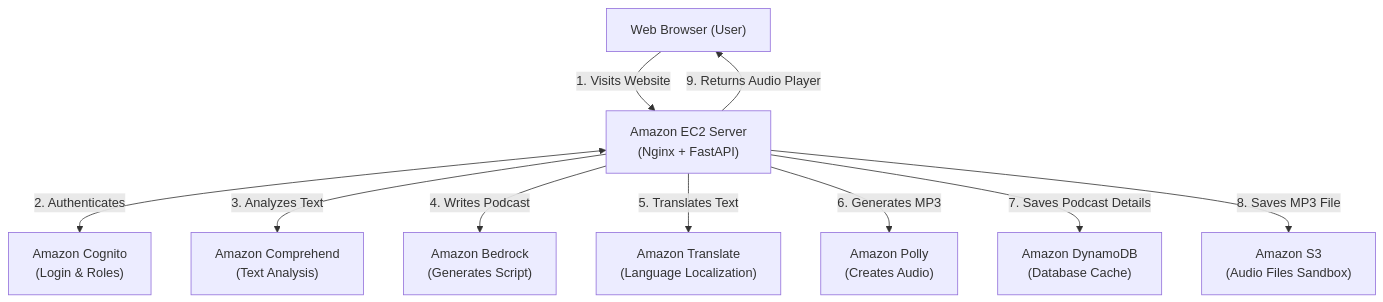
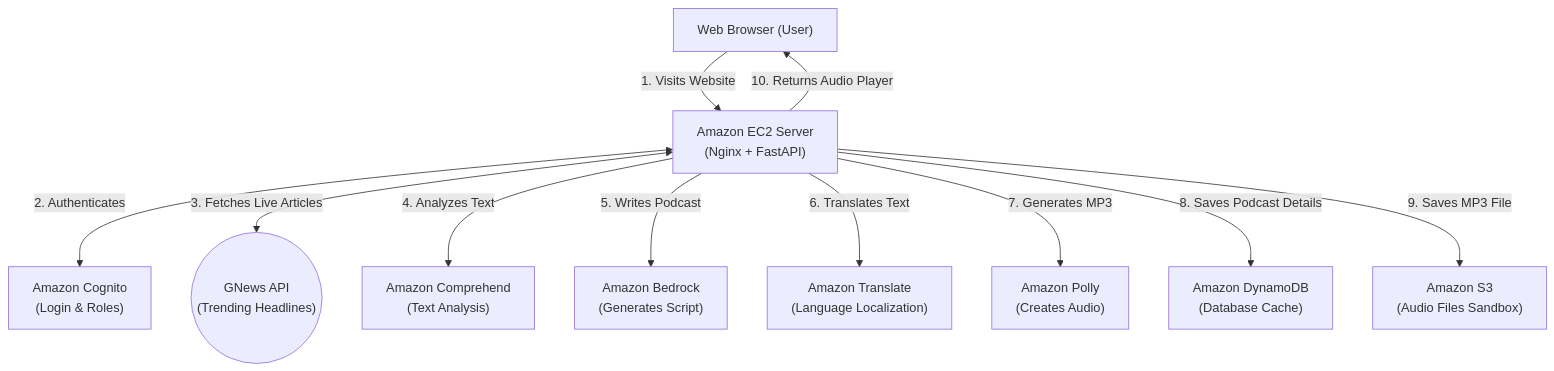
The diagram in ARCHITECTURE.md (Tejasai37/papercast), drawn with Mermaid before and after one commit. The commit also changed other lines of this file and 1 other file, not shown here.

Commit message:
updated ARCHITECTURE and WORKFLOW

````diff
--- a/ARCHITECTURE.md
+++ b/ARCHITECTURE.md
@@ -7,31 +7,35 @@
 ```mermaid
 flowchart TD
     %% Nodes
     Browser["Web Browser (User)"]
     EC2["Amazon EC2 Server<br>(Nginx + FastAPI)"]
     
     Cognito["Amazon Cognito<br>(Login & Roles)"]
     
     Bedrock["Amazon Bedrock<br>(Generates Script)"]
     Polly["Amazon Polly<br>(Creates Audio)"]
     Translate["Amazon Translate<br>(Language Localization)"]
     Comprehend["Amazon Comprehend<br>(Text Analysis)"]
     
     DynamoDB["Amazon DynamoDB<br>(Database Cache)"]
     S3["Amazon S3<br>(Audio Files Sandbox)"]
+    
+    GNews(("GNews API<br>(Trending Headlines)"))
 
     %% Core Flow
     Browser -->|1. Visits Website| EC2
     
     EC2 <-->|2. Authenticates| Cognito
     
-    EC2 -->|3. Analyzes Text| Comprehend
-    EC2 -->|4. Writes Podcast| Bedrock
-    EC2 -->|5. Translates Text| Translate
-    EC2 -->|6. Generates MP3| Polly
+    EC2 <-->|3. Fetches Live Articles| GNews
     
-    EC2 -->|7. Saves Podcast Details| DynamoDB
-    EC2 -->|8. Saves MP3 File| S3
+    EC2 -->|4. Analyzes Text| Comprehend
+    EC2 -->|5. Writes Podcast| Bedrock
+    EC2 -->|6. Translates Text| Translate
+    EC2 -->|7. Generates MP3| Polly
     
-    EC2 -->|9. Returns Audio Player| Browser
+    EC2 -->|8. Saves Podcast Details| DynamoDB
+    EC2 -->|9. Saves MP3 File| S3
+    
+    EC2 -->|10. Returns Audio Player| Browser
 ```
````
